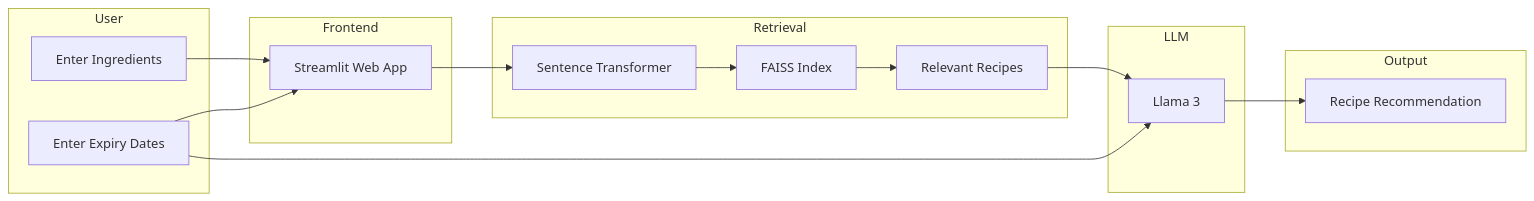
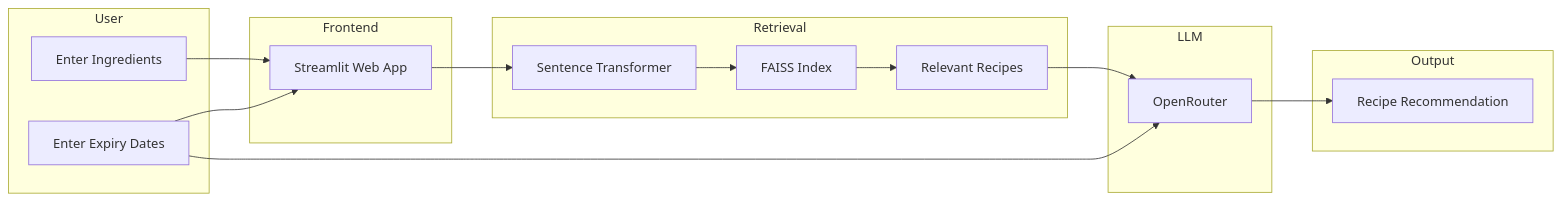
The first of 3 diagrams in README.md (Manjot5698/PantryPilotAI), drawn with Mermaid before and after one commit. The commit also changed other lines of this file and 4 other files, not shown here.

````diff
--- a/README.md
+++ b/README.md
@@ -25,35 +25,35 @@
 ```mermaid
 flowchart LR
 
 subgraph User
     A[Enter Ingredients]
     B[Enter Expiry Dates]
 end
 
 subgraph Frontend
     C[Streamlit Web App]
 end
 
 subgraph Retrieval
     D[Sentence Transformer]
     E[FAISS Index]
     F[Relevant Recipes]
 end
 
 subgraph LLM
-    G[Llama 3]
+    G[OpenRouter]
 end
 
 subgraph Output
     H[Recipe Recommendation]
 end
 
 A --> C
 B --> C
 C --> D
 D --> E
 E --> F
 F --> G
 B --> G
 G --> H
 ```
````
